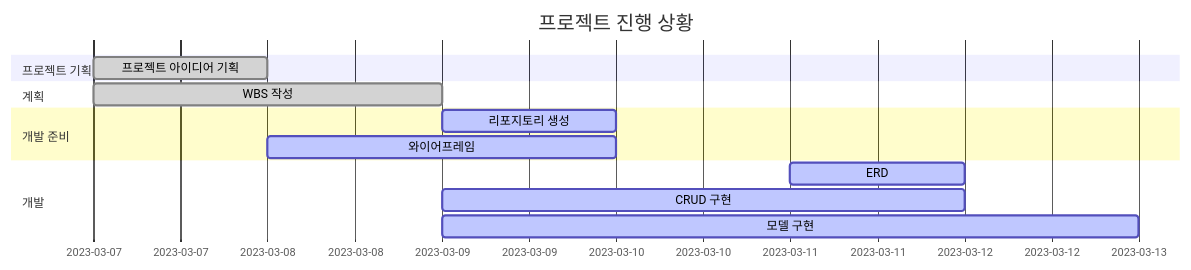
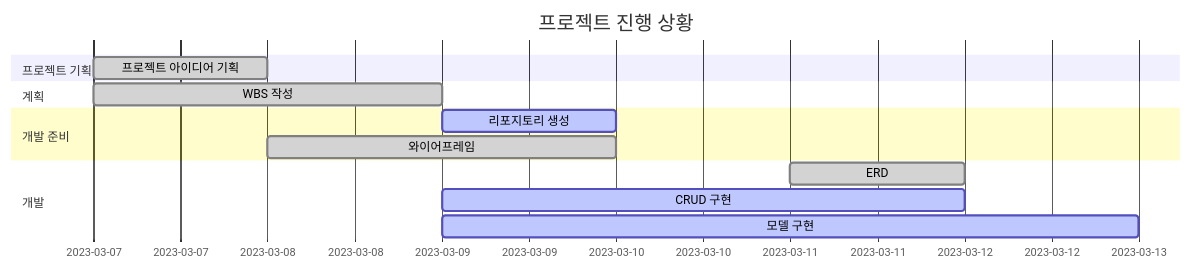
The diagram in README.md (YooJi3un/Booklog), drawn with Mermaid before and after one commit. The commit also changed other lines of this file, not shown here.

````diff
--- a/README.md
+++ b/README.md
@@ -15,21 +19,21 @@
 ```mermaid
 gantt
     dateFormat  YYYY-MM-DD
     title 프로젝트 진행 상황
 
     section 프로젝트 기획
     프로젝트 아이디어 기획    :done,    des1, 2023-03-07, 1d
     
     section 계획
     WBS 작성   :done,    des2, 2023-03-07, 2d
     
     section 개발 준비
     리포지토리 생성 :active,  des3, 2023-03-09, 1d
-    와이어프레임      :active, des4, 2023-03-08, 2d
+    와이어프레임      :done, des4, 2023-03-08, 2d
     
     section 개발
-    ERD          :         active, des4, 2023-03-11, 1d
+    ERD          :         done, des4, 2023-03-11, 1d
     CRUD 구현        :       active, des4, 2023-03-09, 3d
     모델 구현       :       active, des4, 2023-03-09, 4d
 
 ```
````
